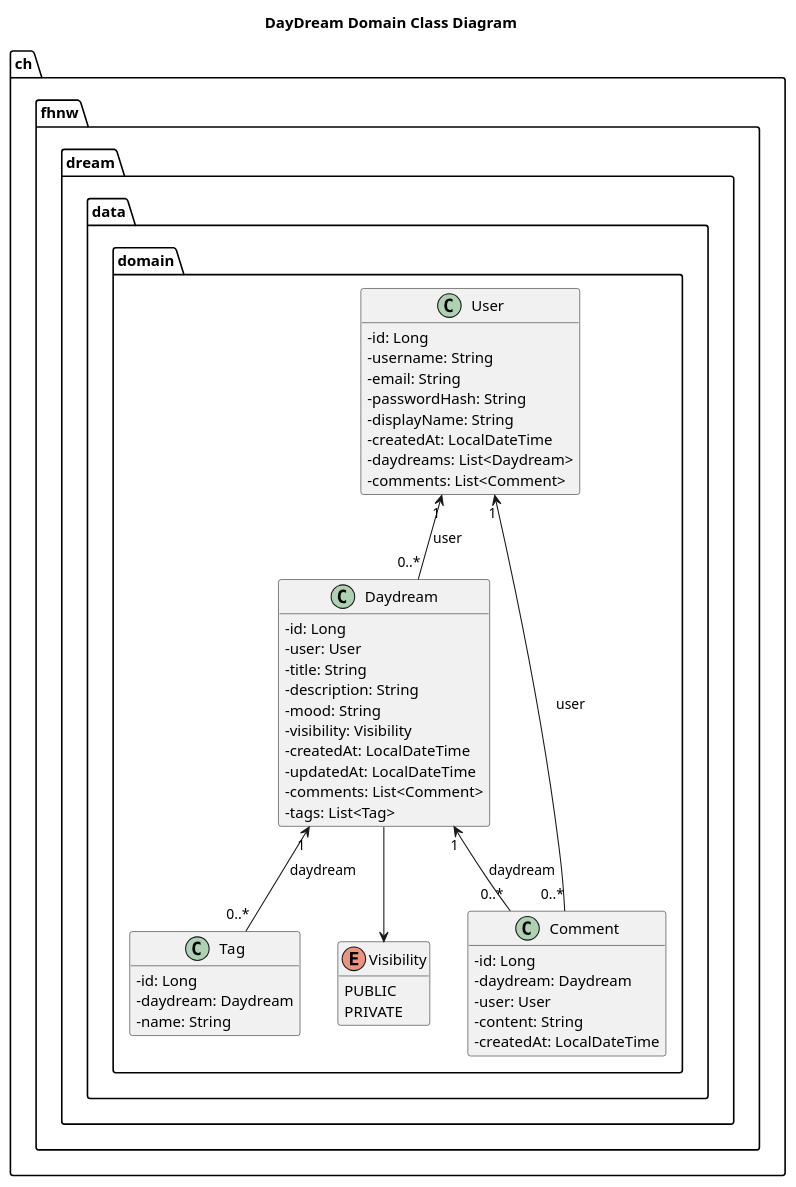
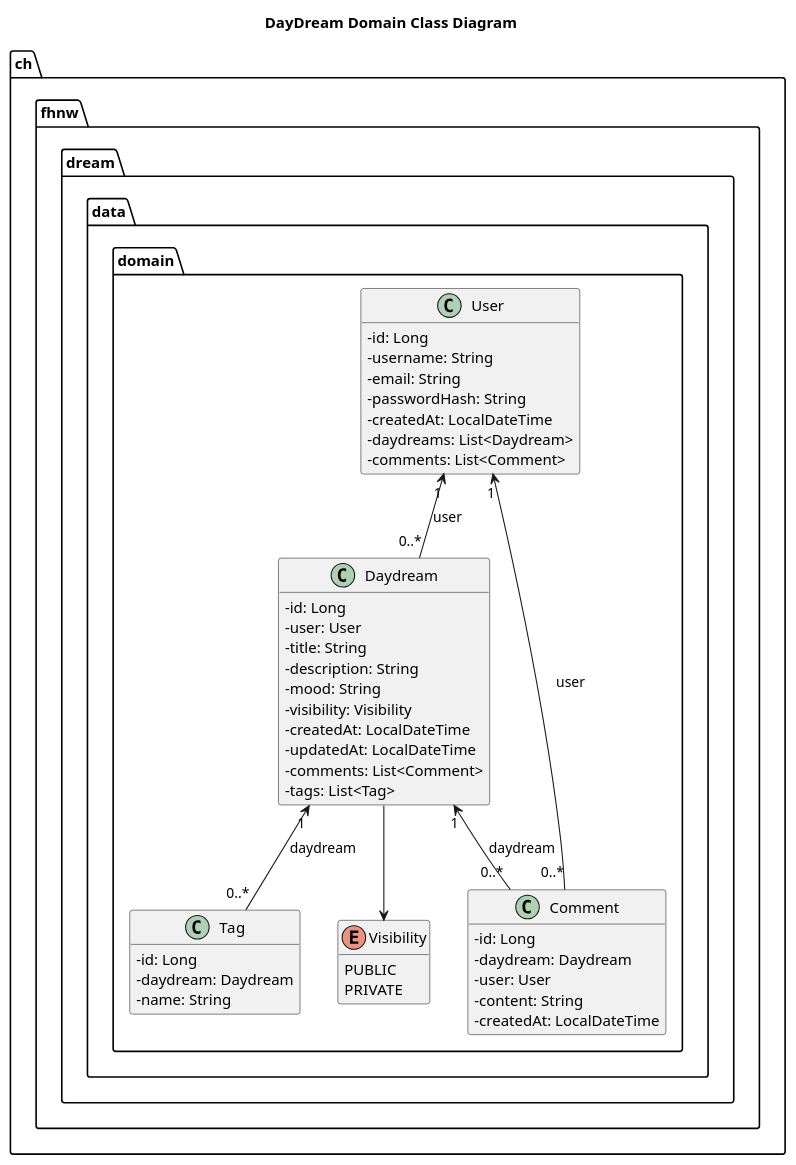
One commit to NikolaMatovic/DayDream changed the diagram in doc/class-diagram.plantuml. Above: the diagram before and after it, drawn with PlantUML. The commit also changed 50 other files, not shown here.

```diff
--- a/doc/class-diagram.plantuml
+++ b/doc/class-diagram.plantuml
@@ -1,59 +1,58 @@
 @startuml
 title DayDream Domain Class Diagram
 
 hide empty members
 skinparam classAttributeIconSize 0
 
 package "ch.fhnw.dream.data.domain" {
 
     class User {
         - id: Long
         - username: String
         - email: String
         - passwordHash: String
-        - displayName: String
         - createdAt: LocalDateTime
         - daydreams: List<Daydream>
         - comments: List<Comment>
     }
 
     class Daydream {
         - id: Long
         - user: User
         - title: String
         - description: String
         - mood: String
         - visibility: Visibility
         - createdAt: LocalDateTime
         - updatedAt: LocalDateTime
         - comments: List<Comment>
         - tags: List<Tag>
     }
 
     class Comment {
         - id: Long
         - daydream: Daydream
         - user: User
         - content: String
         - createdAt: LocalDateTime
     }
 
     class Tag {
         - id: Long
         - daydream: Daydream
         - name: String
     }
 
     enum Visibility {
         PUBLIC
         PRIVATE
     }
 }
 
 User "1" <-- "0..*" Daydream : user
 User "1" <-- "0..*" Comment : user
 Daydream "1" <-- "0..*" Comment : daydream
 Daydream "1" <-- "0..*" Tag : daydream
 Daydream --> Visibility
 
 @enduml
```
